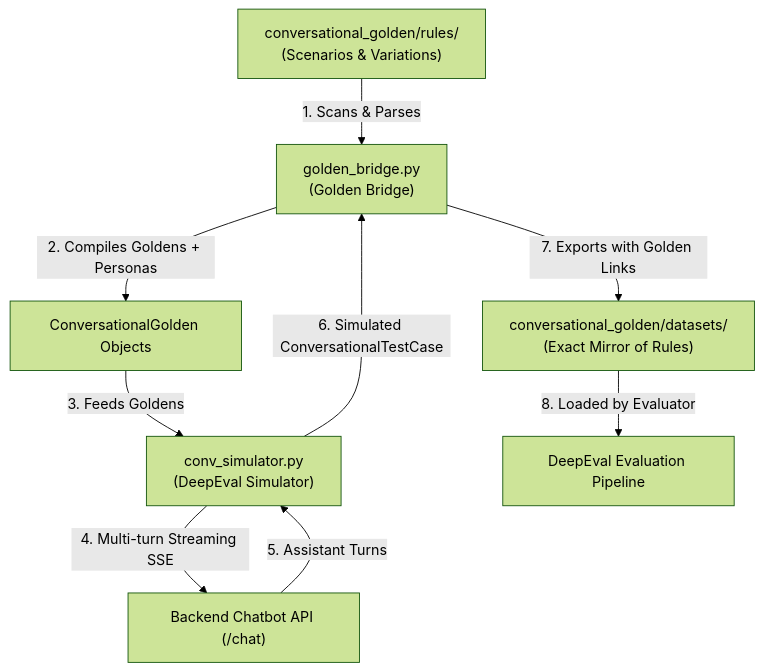
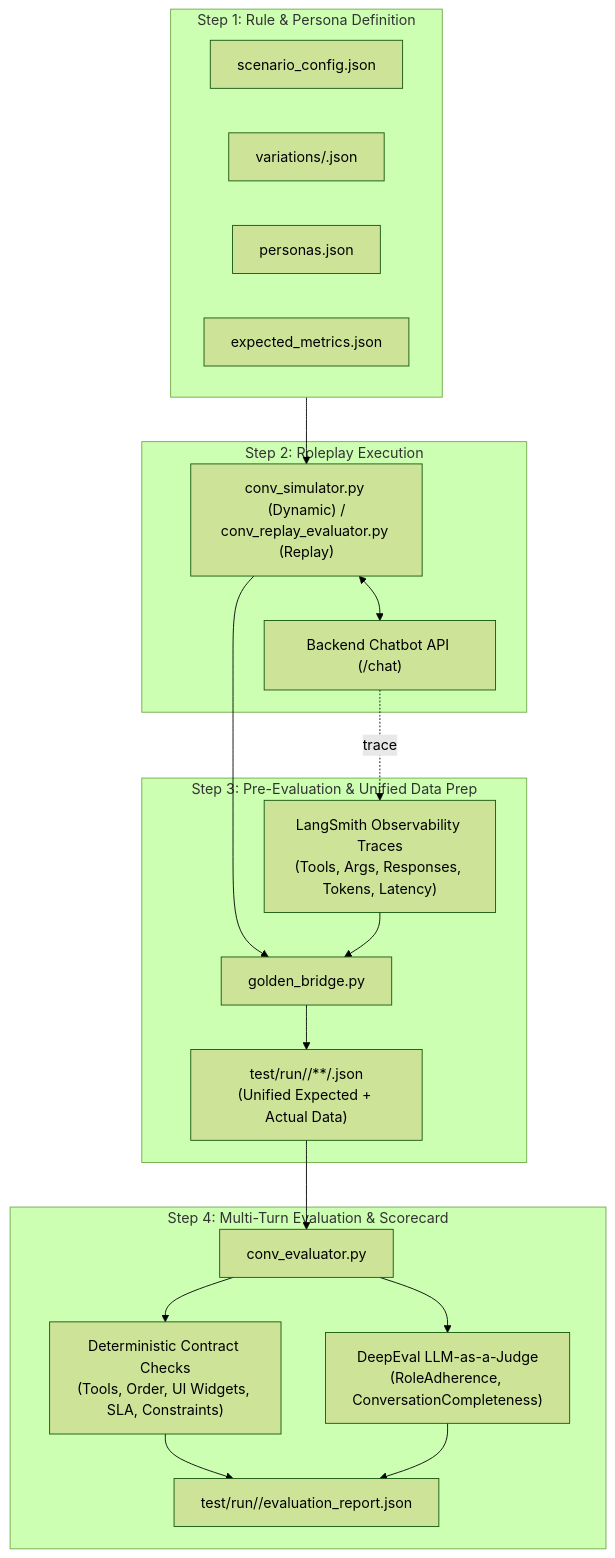
One commit to soumya-ranjan-000/RAG-Chatbot-Project changed the diagram in test/conversational_golden/README.md. Above: the diagram before and after it, drawn with Mermaid (forest theme). The commit also changed other lines of this file and 13 other files, not shown here.

Commit message:
updated test datasets

````diff
--- a/test/conversational_golden/README.md
+++ b/test/conversational_golden/README.md
@@ -11,11 +11,38 @@
 ```mermaid
-graph TD
-    A["conversational_golden/rules/<br/>(Scenarios & Variations)"] -->|1. Scans & Parses| B["golden_bridge.py<br/>(Golden Bridge)"]
-    B -->|2. Compiles Goldens + Personas| C["ConversationalGolden Objects"]
-    C -->|3. Feeds Goldens| D["conv_simulator.py<br/>(DeepEval Simulator)"]
-    D -->|4. Multi-turn Streaming SSE| E["Backend Chatbot API (/chat)"]
-    E -->|5. Assistant Turns| D
-    D -->|6. Simulated ConversationalTestCase| B
-    B -->|7. Exports with Golden Links| F["conversational_golden/datasets/<br/>(Exact Mirror of Rules)"]
-    F -->|8. Loaded by Evaluator| G["DeepEval Evaluation Pipeline"]
+flowchart TD
+    subgraph Step1["Step 1: Rule & Persona Definition"]
+        R1["scenario_config.json"]
+        R2["variations/<persona>.json"]
+        R3["personas.json"]
+        R4["expected_metrics.json"]
+    end
+
+    subgraph Step2["Step 2: Roleplay Execution"]
+        SIM["conv_simulator.py (Dynamic) /<br/>conv_replay_evaluator.py (Replay)"]
+        API["Backend Chatbot API (/chat)"]
+    end
+
+    subgraph Step3["Step 3: Pre-Evaluation & Unified Data Prep"]
+        LS["LangSmith Observability Traces<br/>(Tools, Args, Responses, Tokens, Latency)"]
+        BRIDGE["golden_bridge.py"]
+        RUN["test/run/<date_time>/**/<variation_id>.json<br/>(Unified Expected + Actual Data)"]
+    end
+
+    subgraph Step4["Step 4: Multi-Turn Evaluation & Scorecard"]
+        EVAL["conv_evaluator.py"]
+        DET["Deterministic Contract Checks<br/>(Tools, Order, UI Widgets, SLA, Constraints)"]
+        LLM["DeepEval LLM-as-a-Judge<br/>(RoleAdherence, ConversationCompleteness)"]
+        REPORT["test/run/<date_time>/evaluation_report.json"]
+    end
+
+    Step1 --> SIM
+    SIM <--> API
+    API -. trace .-> LS
+    SIM --> BRIDGE
+    LS --> BRIDGE
+    BRIDGE --> RUN
+    RUN --> EVAL
+    EVAL --> DET
+    EVAL --> LLM
+    DET & LLM --> REPORT
 ```
````
